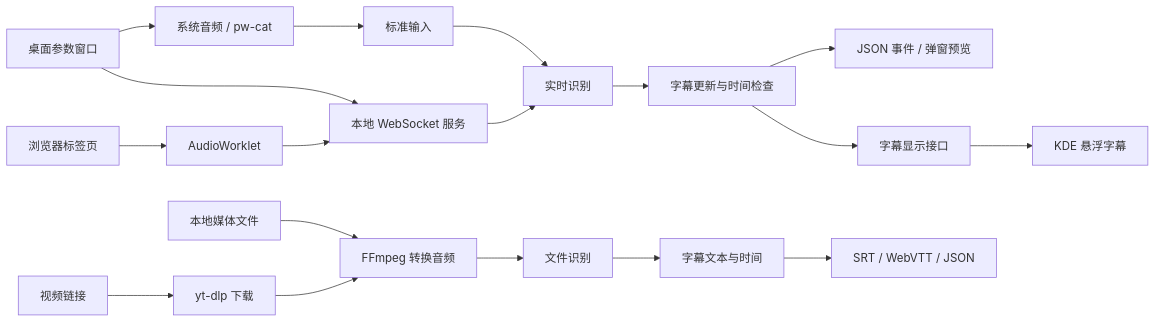
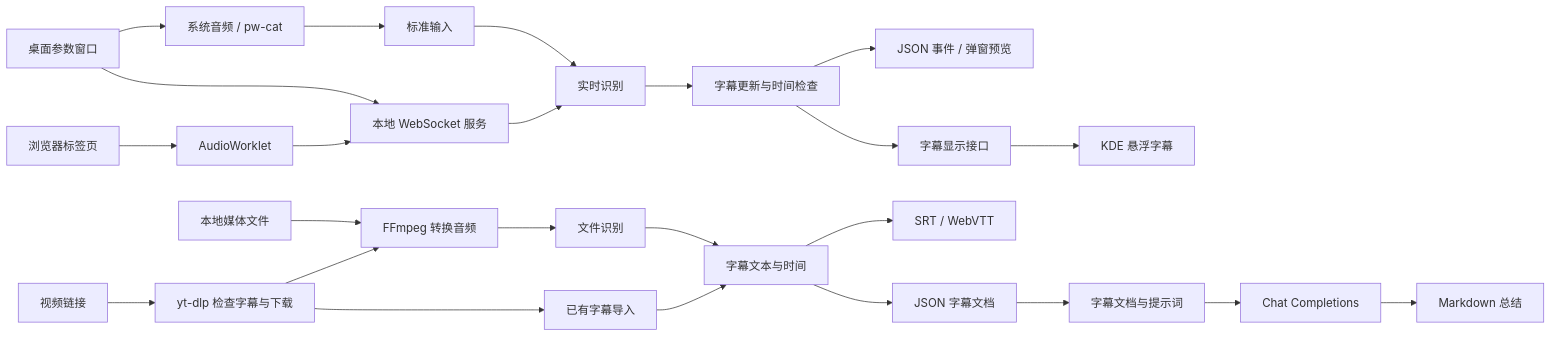
Before and after one commit to AkiraLyu/substream: the diagram in docs/architecture.md, drawn with Mermaid. The commit also changed other lines of this file and 4 other files, not shown here.

````diff
--- a/docs/architecture.md
+++ b/docs/architecture.md
@@ -22,20 +23,26 @@
 ```mermaid
 flowchart LR
     G[桌面参数窗口] --> P[系统音频 / pw-cat]
     G --> N[本地 WebSocket 服务]
     P --> R[标准输入]
     B[浏览器标签页] --> W[AudioWorklet]
     W --> N[本地 WebSocket 服务]
     R --> S[实时识别]
     N --> S
     S --> C[字幕更新与时间检查]
     C --> U[JSON 事件 / 弹窗预览]
     C --> V[字幕显示接口]
     V --> K[KDE 悬浮字幕]
     F[本地媒体文件] --> D[FFmpeg 转换音频]
-    L[视频链接] --> Y[yt-dlp 下载]
+    L[视频链接] --> Y[yt-dlp 检查字幕与下载]
+    Y --> I[已有字幕导入]
     Y --> D
     D --> O[文件识别]
     O --> T[字幕文本与时间]
-    T --> X[SRT / WebVTT / JSON]
+    I --> T
+    T --> X[SRT / WebVTT]
+    T --> J[JSON 字幕文档]
+    J --> A[字幕文档与提示词]
+    A --> M[Chat Completions]
+    M --> Q[Markdown 总结]
 ```
````
